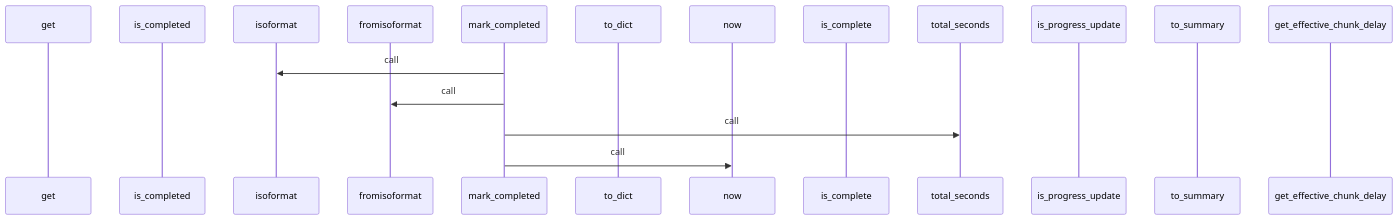
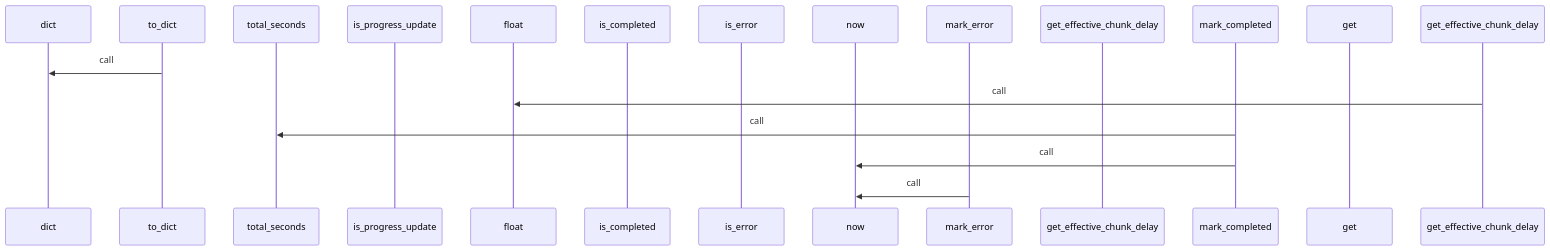
Before and after one commit to yeonjae-personal/codemuse-backend: the third of 4 diagrams in generated_docs/rule_analyzer/streaming/stream_models.md, drawn with Mermaid. The commit also changed other lines of this file and 3378 other files, not shown here.

````diff
--- a/generated_docs/rule_analyzer/streaming/stream_models.md
+++ b/generated_docs/rule_analyzer/streaming/stream_models.md
@@ -476,19 +476,20 @@
 ```mermaid
 sequenceDiagram
-  participant get as get
-  participant is_completed as is_completed
-  participant isoformat as isoformat
-  participant fromisoformat as fromisoformat
-  participant mark_completed as mark_completed
+  participant dict as dict
   participant to_dict as to_dict
-  participant now as now
-  participant is_complete as is_complete
   participant total_seconds as total_seconds
   participant is_progress_update as is_progress_update
-  participant to_summary as to_summary
+  participant float as float
+  participant is_completed as is_completed
+  participant is_error as is_error
+  participant now as now
+  participant mark_error as mark_error
   participant get_effective_chunk_dela as get_effective_chunk_delay
-  mark_completed->>isoformat: call
-  mark_completed->>fromisoformat: call
+  participant mark_completed as mark_completed
+  participant get as get
+  to_dict->>dict: call
+  get_effective_chunk_delay->>float: call
   mark_completed->>total_seconds: call
   mark_completed->>now: call
+  mark_error->>now: call
 ```
````
